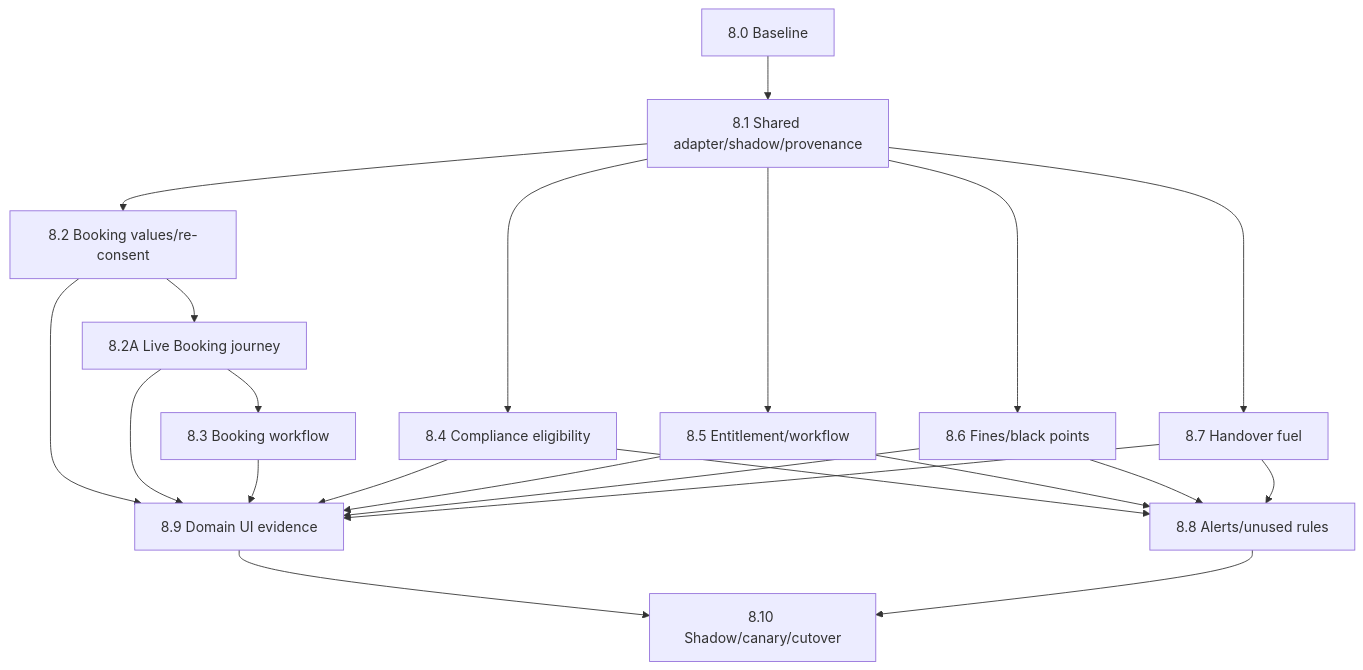
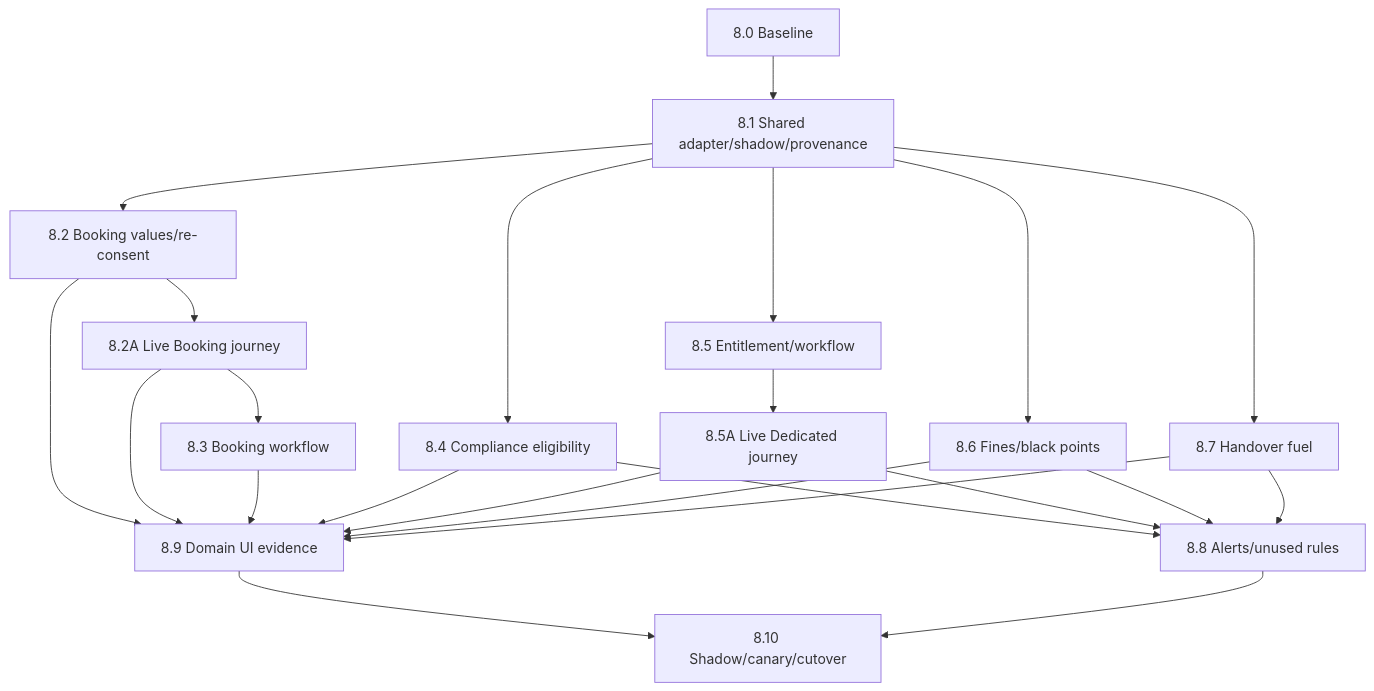
One commit to jaisonthecoder/fleet-platform changed the diagram in docs/05-implementation/decision-and-workflow-platform-plan/phase-8-domain-migration/README.md. Above: the diagram before and after it, drawn with Mermaid. The commit also changed other lines of this file and 8 other files, not shown here.

Commit message:
Update environment configuration files and enhance documentation for dedicated vehicle journey

````diff
--- a/docs/05-implementation/decision-and-workflow-platform-plan/phase-8-domain-migration/README.md
+++ b/docs/05-implementation/decision-and-workflow-platform-plan/phase-8-domain-migration/README.md
@@ -40,24 +41,25 @@
 ```mermaid
 flowchart TB
   B["8.0 Baseline"] --> A["8.1 Shared adapter/shadow/provenance"]
   A --> BV["8.2 Booking values/re-consent"]
   BV --> BJ["8.2A Live Booking journey"]
   BJ --> BW["8.3 Booking workflow"]
   A --> C["8.4 Compliance eligibility"]
   A --> E["8.5 Entitlement/workflow"]
+  E --> EJ["8.5A Live Dedicated journey"]
   A --> F["8.6 Fines/black points"]
   A --> H["8.7 Handover fuel"]
   C --> U["8.8 Alerts/unused rules"]
-  E --> U
+  EJ --> U
   F --> U
   H --> U
   BV --> UI["8.9 Domain UI evidence"]
   BJ --> UI
   BW --> UI
   C --> UI
-  E --> UI
+  EJ --> UI
   F --> UI
   H --> UI
   UI --> R["8.10 Shadow/canary/cutover"]
   U --> R
 ```
````
